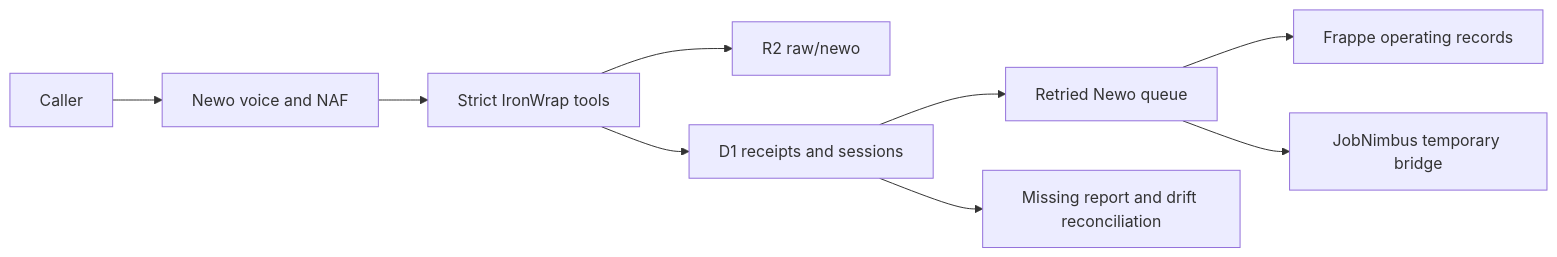
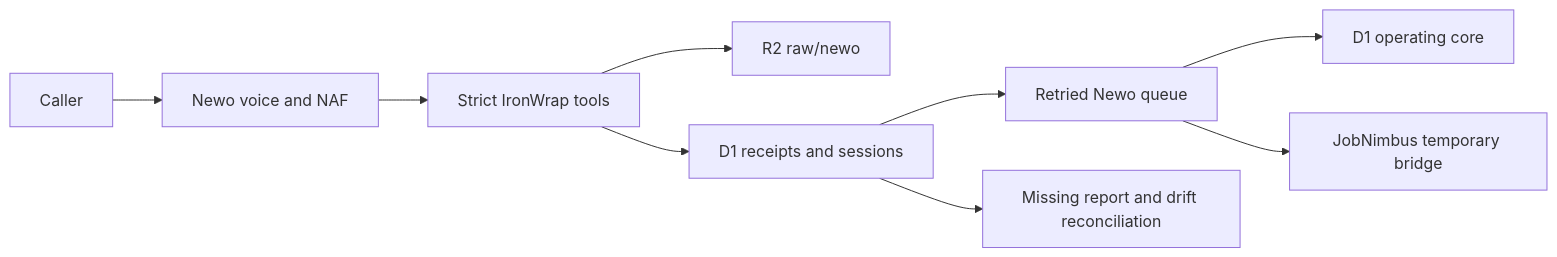
The diagram in docs/NEWO-INTEGRATION.md (Iron-Wrap/ironwrap-os), drawn with Mermaid before and after one commit. The commit also changed other lines of this file and 26 other files, not shown here.

````diff
--- a/docs/NEWO-INTEGRATION.md
+++ b/docs/NEWO-INTEGRATION.md
@@ -9,11 +9,11 @@
 ```mermaid
 flowchart LR
   Caller --> Newo["Newo voice and NAF"]
   Newo --> Tools["Strict IronWrap tools"]
   Tools --> R2["R2 raw/newo"]
   Tools --> D1["D1 receipts and sessions"]
   D1 --> Queue["Retried Newo queue"]
-  Queue --> Frappe["Frappe operating records"]
+  Queue --> Core["D1 operating core"]
   Queue --> JN["JobNimbus temporary bridge"]
   D1 --> Reconcile["Missing report and drift reconciliation"]
 ```
````
